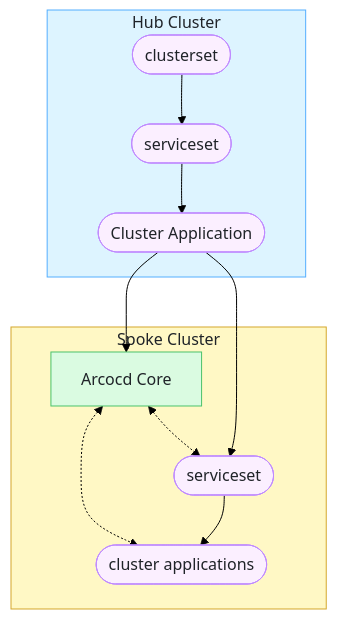
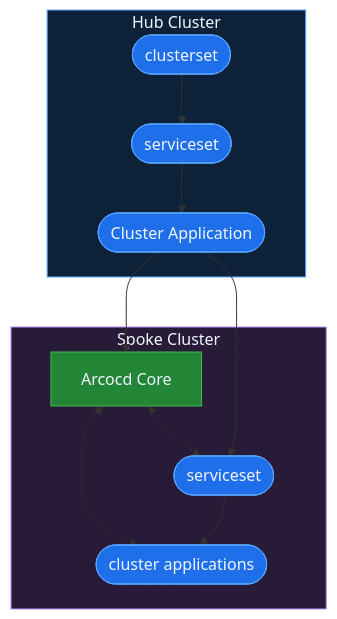
One commit to poxelyric/argo-flavors changed the diagram in example-definitions/argo-of-argos/README.md. Above: the diagram before and after it, drawn with Mermaid. The commit also changed other lines of this file and 7 other files, not shown here.

````diff
--- a/example-definitions/argo-of-argos/README.md
+++ b/example-definitions/argo-of-argos/README.md
@@ -5,33 +5,30 @@
 ```mermaid
 flowchart TD
     subgraph hub ["Hub Cluster"]
         A(["clusterset"])
         B(["serviceset"])
         C(["Cluster Application"])
         A --> B
         B --> C
     end
 
     subgraph spoke ["Spoke Cluster"]
         E["Arcocd Core"]
         D(["serviceset"])
         F(["cluster applications"])
         E <-.-> D
 
         E <-.-> F
         D --> F
     end
 
     C --> D
     C --> E
 
-    linkStyle default stroke:black
-    classDef hubcluster fill:#ddf4ff,stroke:#54aeff,color:#1f2328
-    classDef spokecluster fill:#fff8c5,stroke:#d4a72c,color:#1f2328
-    classDef apps fill:#fbefff,stroke:#bf8aff,color:#1f2328
-    classDef workload fill:#dafbe1,stroke:#4ac26b,color:#1f2328
-    class hub hubcluster
-    class spoke spokecluster
+    style hub fill:#0d2238,stroke:#58a6ff,color:#f0f6fc
+    style spoke fill:#271b38,stroke:#bc8cff,color:#f0f6fc
+    classDef apps fill:#1f6feb,stroke:#58a6ff,color:#f0f6fc
+    classDef workload fill:#238636,stroke:#3fb950,color:#f0f6fc
     class A,B,C,D,F apps
     class E workload
 ```
````
